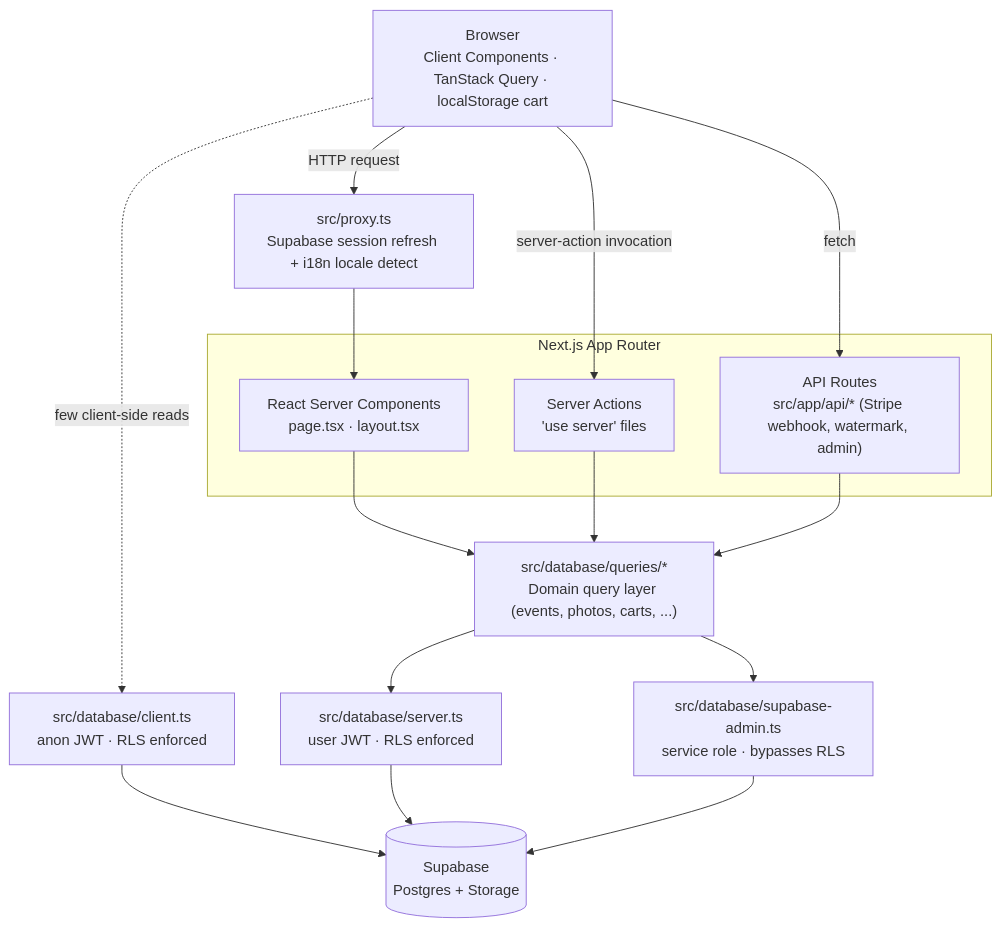
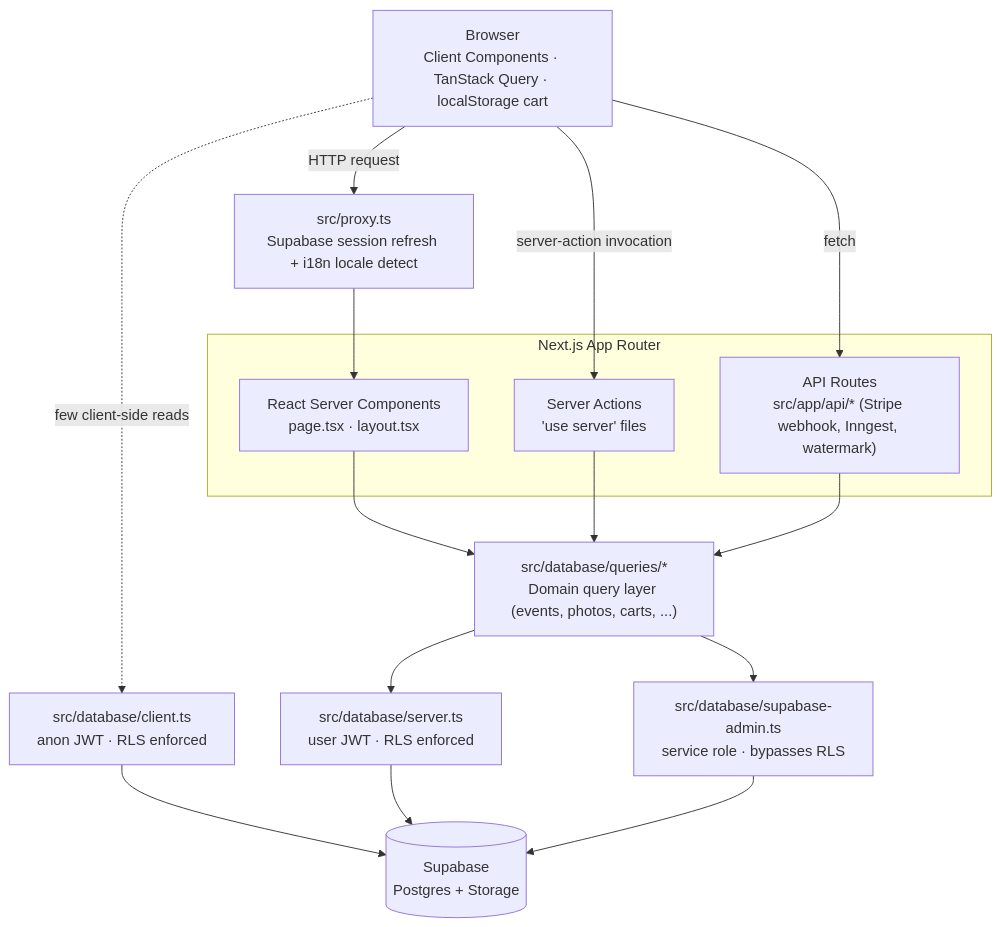
One commit to mauvies/photo-markt changed the second of 11 diagrams in ARCHITECTURE.md. Above: the diagram before and after it, drawn with Mermaid. The commit also changed other lines of this file and 18 other files, not shown here.

````diff
--- a/ARCHITECTURE.md
+++ b/ARCHITECTURE.md
@@ -67,37 +67,37 @@
 ```mermaid
 flowchart TB
   Browser["Browser<br/>Client Components · TanStack Query · localStorage cart"]
 
   Middleware["src/proxy.ts<br/>Supabase session refresh + i18n locale detect"]
 
   subgraph AppRouter["Next.js App Router"]
     RSC["React Server Components<br/>page.tsx · layout.tsx"]
     Actions["Server Actions<br/>'use server' files"]
-    ApiRoutes["API Routes<br/>src/app/api/* (Stripe webhook, watermark, admin)"]
+    ApiRoutes["API Routes<br/>src/app/api/* (Stripe webhook, Inngest, watermark)"]
   end
 
   Queries["src/database/queries/*<br/>Domain query layer (events, photos, carts, ...)"]
 
   ClientSb["src/database/client.ts<br/>anon JWT · RLS enforced"]
   ServerSb["src/database/server.ts<br/>user JWT · RLS enforced"]
   AdminSb["src/database/supabase-admin.ts<br/>service role · bypasses RLS"]
 
   Supabase[("Supabase<br/>Postgres + Storage")]
 
   Browser -->|HTTP request| Middleware
   Middleware --> RSC
   Browser -->|server-action invocation| Actions
   Browser -->|fetch| ApiRoutes
   Browser -.->|few client-side reads| ClientSb
 
   RSC --> Queries
   Actions --> Queries
   ApiRoutes --> Queries
 
   Queries --> ServerSb
   Queries --> AdminSb
 
   ClientSb --> Supabase
   ServerSb --> Supabase
   AdminSb --> Supabase
 ```
````
